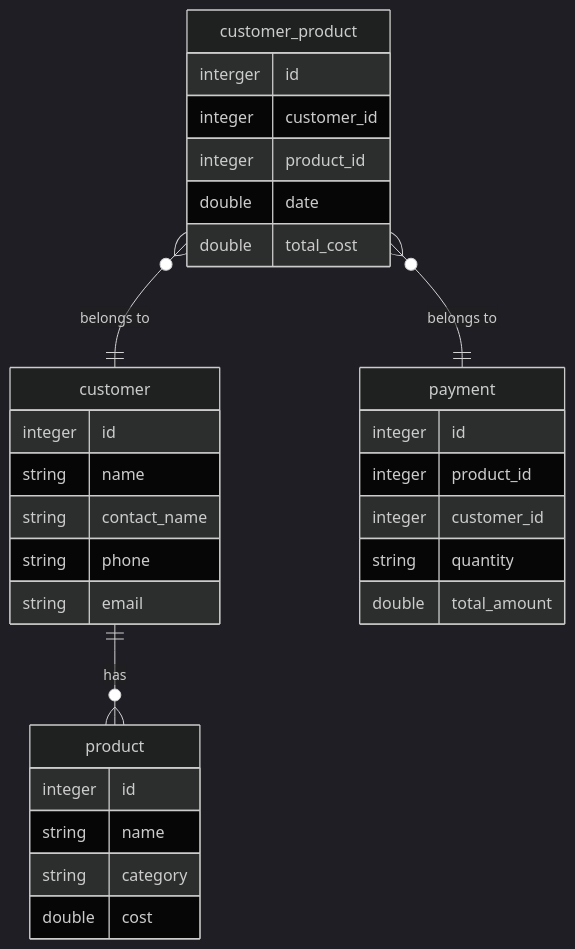
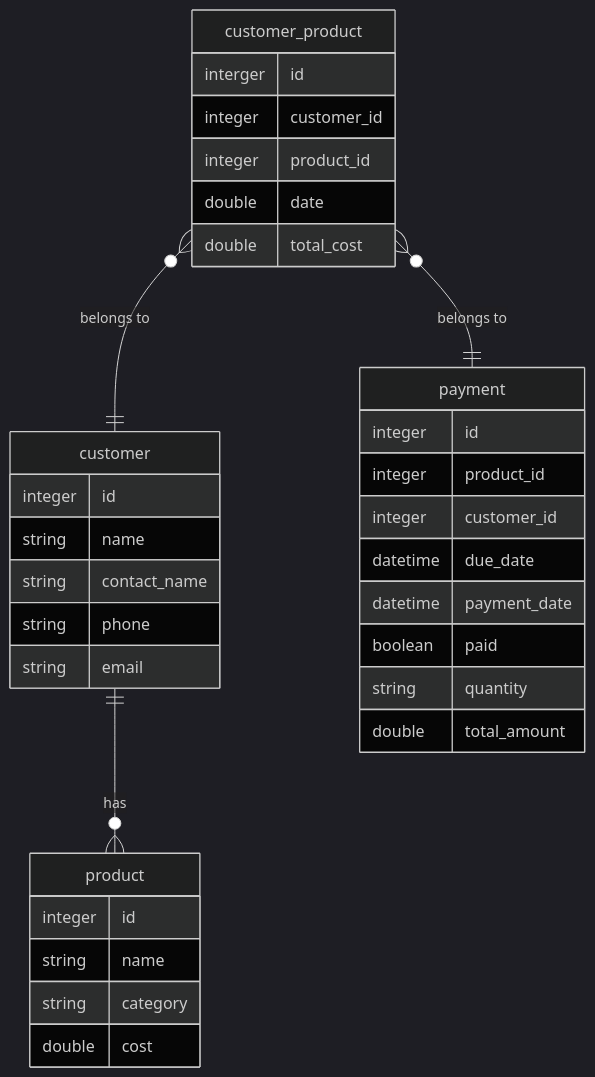
One commit to kihiukiragu/azani changed the diagram in README.md. Above: the diagram before and after it, drawn with Mermaid (dark theme).

Commit message:
Add due_date, payment_date, and paid fields to payment

````diff
--- a/README.md
+++ b/README.md
@@ -5,37 +5,40 @@
 ```mermaid
 erDiagram
 customer ||--o{ product : "has"
 customer_product }o--|| customer : "belongs to"
 customer_product }o--|| payment : "belongs to"
 
 product {
     integer id
     string name    
     string category
     double cost
 }
 
 customer {
     integer id
     string name
     string contact_name
     string phone
     string email
 }
 
 payment {
     integer id
     integer product_id
     integer customer_id
+    datetime due_date
+    datetime payment_date
+    boolean paid
     string quantity
     double total_amount
 }
 
 customer_product {
     interger id
     integer customer_id
     integer product_id
     double date
     double total_cost
 }
 ```
````
